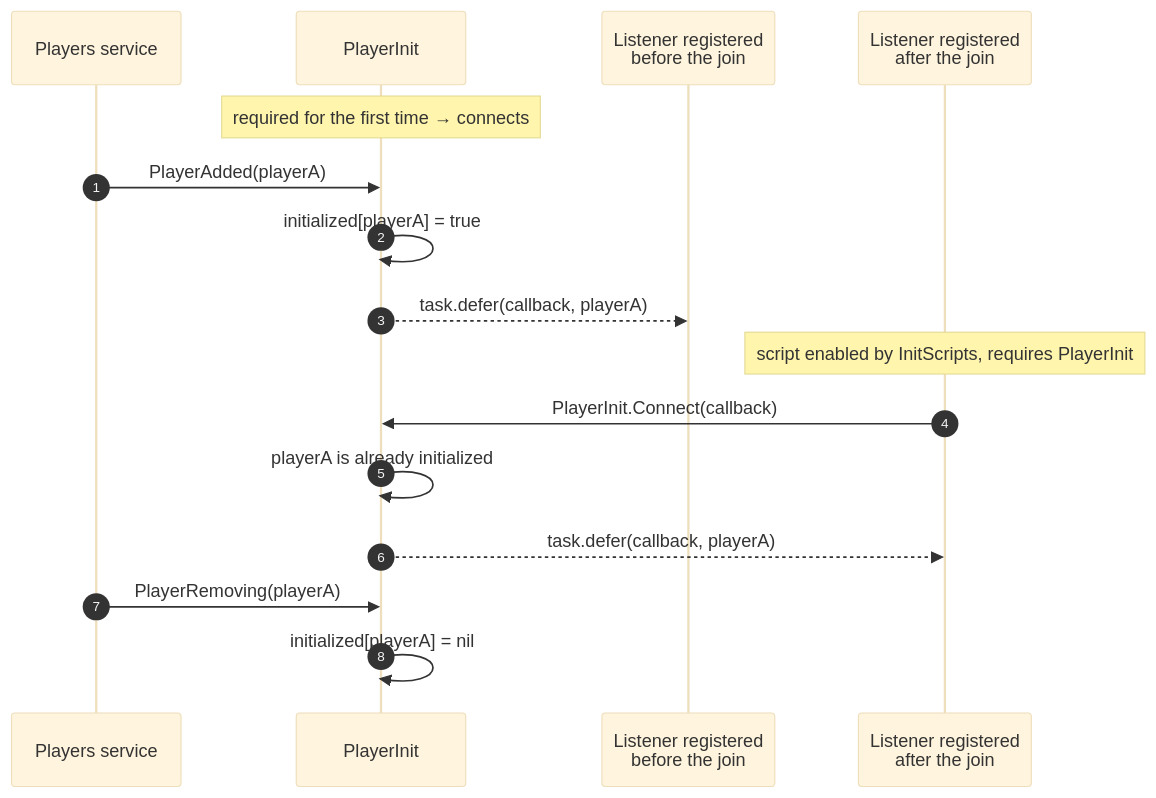
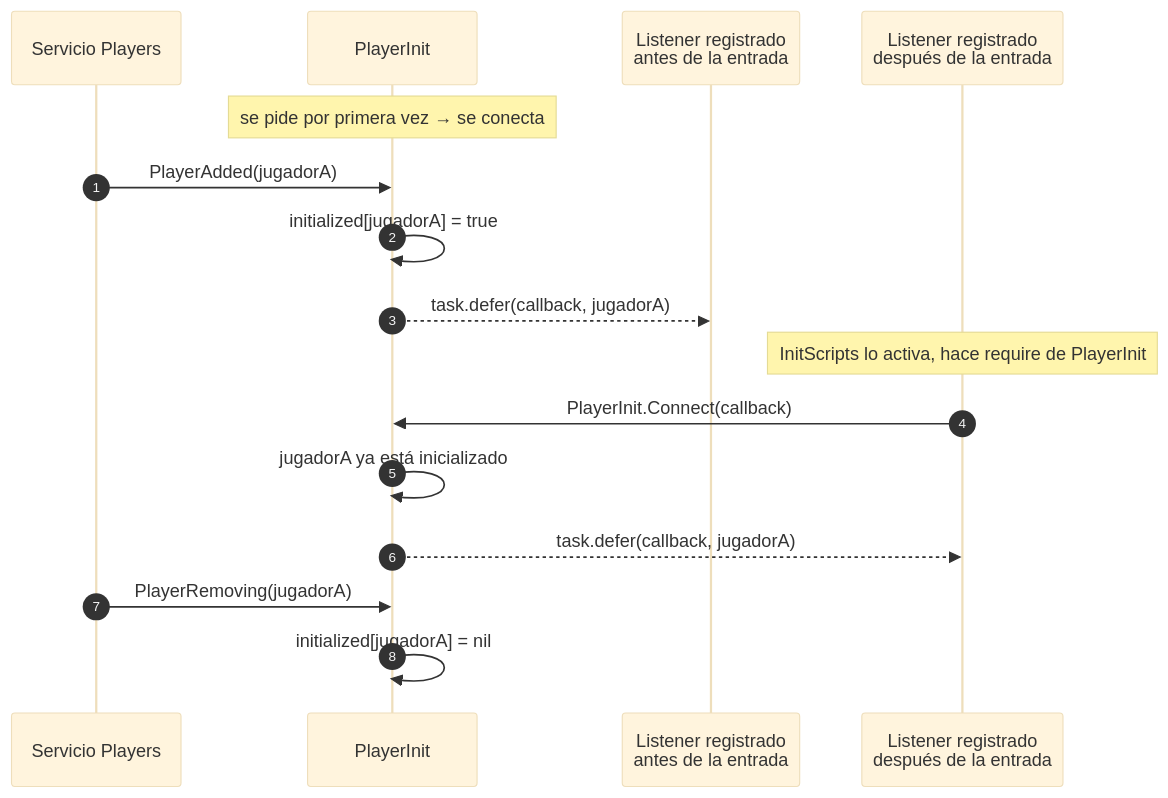
Before and after one commit to Arclyne/voz-hispana: the first of 4 diagrams in docs/architecture/player-lifecycle.md, drawn with Mermaid (base theme). The commit also changed other lines of this file and 8 other files, not shown here.

````diff
--- a/docs/architecture/player-lifecycle.md
+++ b/docs/architecture/player-lifecycle.md
@@ -27,21 +27,21 @@
 ```mermaid
 sequenceDiagram
     autonumber
-    participant P as Players service
+    participant P as Servicio Players
     participant PI as PlayerInit
-    participant Early as Listener registered<br/>before the join
-    participant Late as Listener registered<br/>after the join
+    participant Early as Listener registrado<br/>antes de la entrada
+    participant Late as Listener registrado<br/>después de la entrada
 
-    Note over PI: required for the first time → connects
-    P->>PI: PlayerAdded(playerA)
-    PI->>PI: initialized[playerA] = true
-    PI-->>Early: task.defer(callback, playerA)
+    Note over PI: se pide por primera vez → se conecta
+    P->>PI: PlayerAdded(jugadorA)
+    PI->>PI: initialized[jugadorA] = true
+    PI-->>Early: task.defer(callback, jugadorA)
 
-    Note over Late: script enabled by InitScripts, requires PlayerInit
+    Note over Late: InitScripts lo activa, hace require de PlayerInit
     Late->>PI: PlayerInit.Connect(callback)
-    PI->>PI: playerA is already initialized
-    PI-->>Late: task.defer(callback, playerA)
+    PI->>PI: jugadorA ya está inicializado
+    PI-->>Late: task.defer(callback, jugadorA)
 
-    P->>PI: PlayerRemoving(playerA)
-    PI->>PI: initialized[playerA] = nil
+    P->>PI: PlayerRemoving(jugadorA)
+    PI->>PI: initialized[jugadorA] = nil
 ```
````
